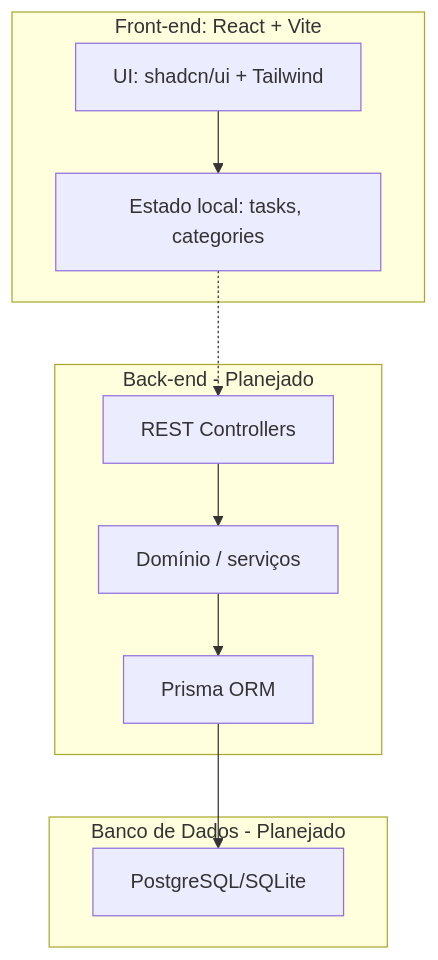
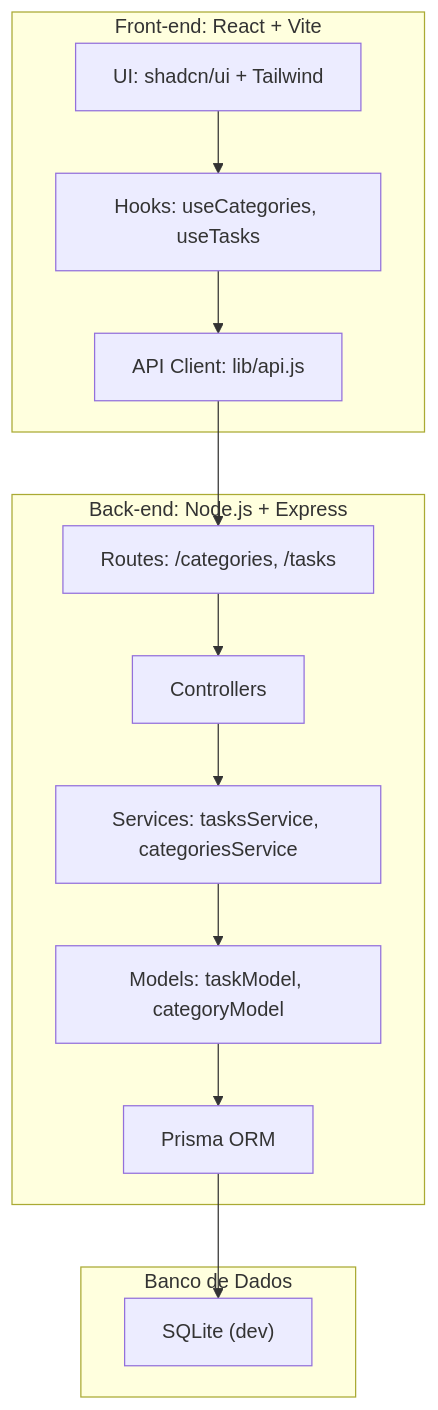
One commit to duanzin/chore-organizer changed the seventh of 7 diagrams in REQUISITOS_Organizador_de_Tarefas.md. Above: the diagram before and after it, drawn with Mermaid. The commit also changed other lines of this file, not shown here.

````diff
--- a/REQUISITOS_Organizador_de_Tarefas.md
+++ b/REQUISITOS_Organizador_de_Tarefas.md
@@ -387,23 +378,29 @@
 ```mermaid
 flowchart TD
   subgraph Client["Front-end: React + Vite"]
     UI["UI: shadcn/ui + Tailwind"]
-    Hooks["Estado local: tasks, categories"]
+    Hooks["Hooks: useCategories, useTasks"]
+    API_Client["API Client: lib/api.js"]
   end
 
-  subgraph Server["Back-end - Planejado"]
-    API["REST Controllers"]
-    Domain["Domínio / serviços"]
+  subgraph Server["Back-end: Node.js + Express"]
+    Router["Routes: /categories, /tasks"]
+    Controller["Controllers"]
+    Service["Services: tasksService, categoriesService"]
+    Model["Models: taskModel, categoryModel"]
     Prisma["Prisma ORM"]
   end
 
-  subgraph DB["Banco de Dados - Planejado"]
-    PG["PostgreSQL/SQLite"]
+  subgraph DB["Banco de Dados"]
+    SQLite["SQLite (dev)"]
   end
 
   UI --> Hooks
-  Hooks -.-> API
-  API --> Domain
-  Domain --> Prisma
-  Prisma --> PG
+  Hooks --> API_Client
+  API_Client --> Router
+  Router --> Controller
+  Controller --> Service
+  Service --> Model
+  Model --> Prisma
+  Prisma --> SQLite
 ```
````
